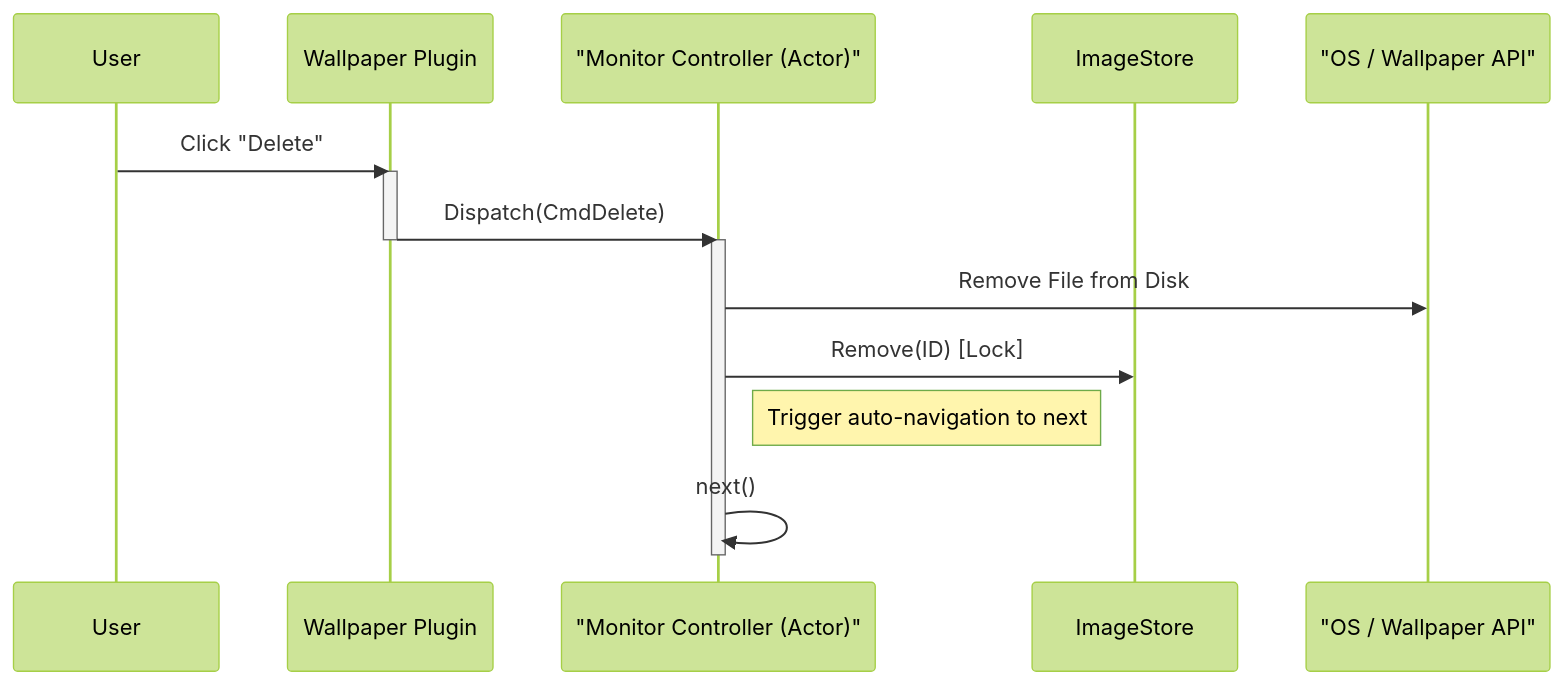
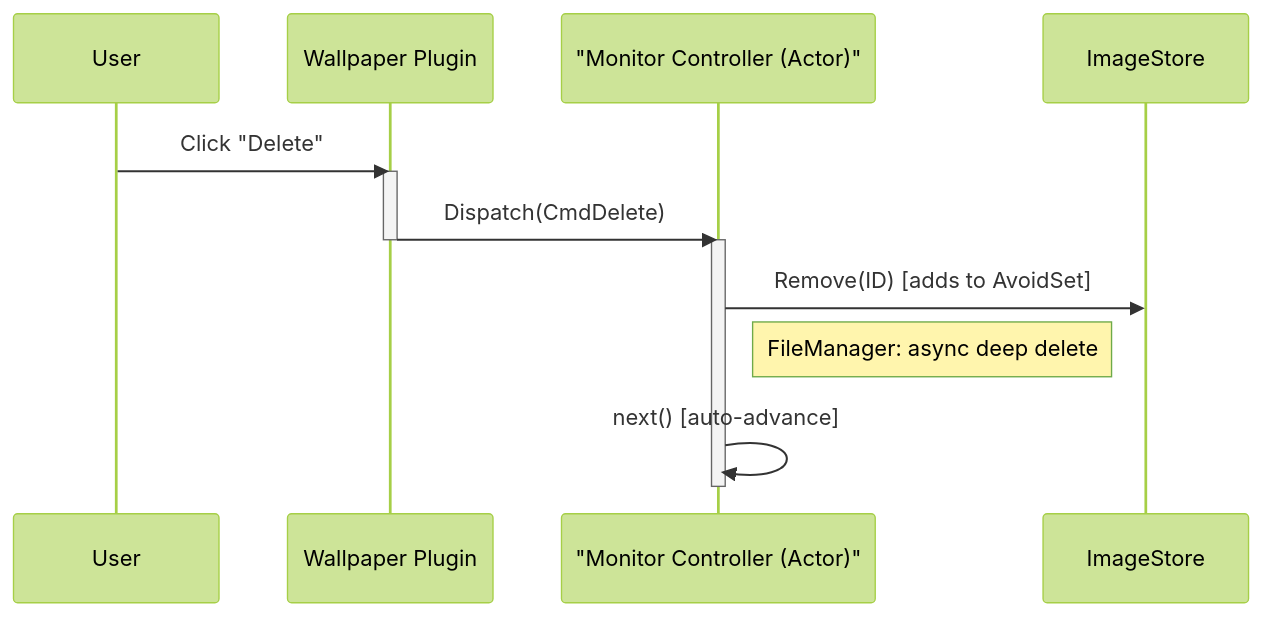
The fifth of 7 diagrams in docs/architecture.md (dixieflatline76/Spice), drawn with Mermaid (forest theme) before and after one commit. The commit also changed other lines of this file and 2 other files, not shown here.

First line of the commit message:
docs: restructure into single-source-of-truth architecture

````diff
--- a/docs/architecture.md
+++ b/docs/architecture.md
@@ -207,20 +189,18 @@
 ```mermaid
 sequenceDiagram
     participant User
     participant Plugin as Wallpaper Plugin
     participant MC as "Monitor Controller (Actor)"
     participant Store as ImageStore
-    participant OS as "OS / Wallpaper API"
 
     User->>Plugin: Click "Delete"
     activate Plugin
     Plugin->>MC: Dispatch(CmdDelete)
     deactivate Plugin
     
     activate MC
-    MC->>OS: Remove File from Disk
-    MC->>Store: Remove(ID) [Lock]
-    Note right of MC: Trigger auto-navigation to next
-    MC->>MC: next()
+    MC->>Store: Remove(ID) [adds to AvoidSet]
+    Note right of MC: FileManager: async deep delete
+    MC->>MC: next() [auto-advance]
     deactivate MC
 ```
````
